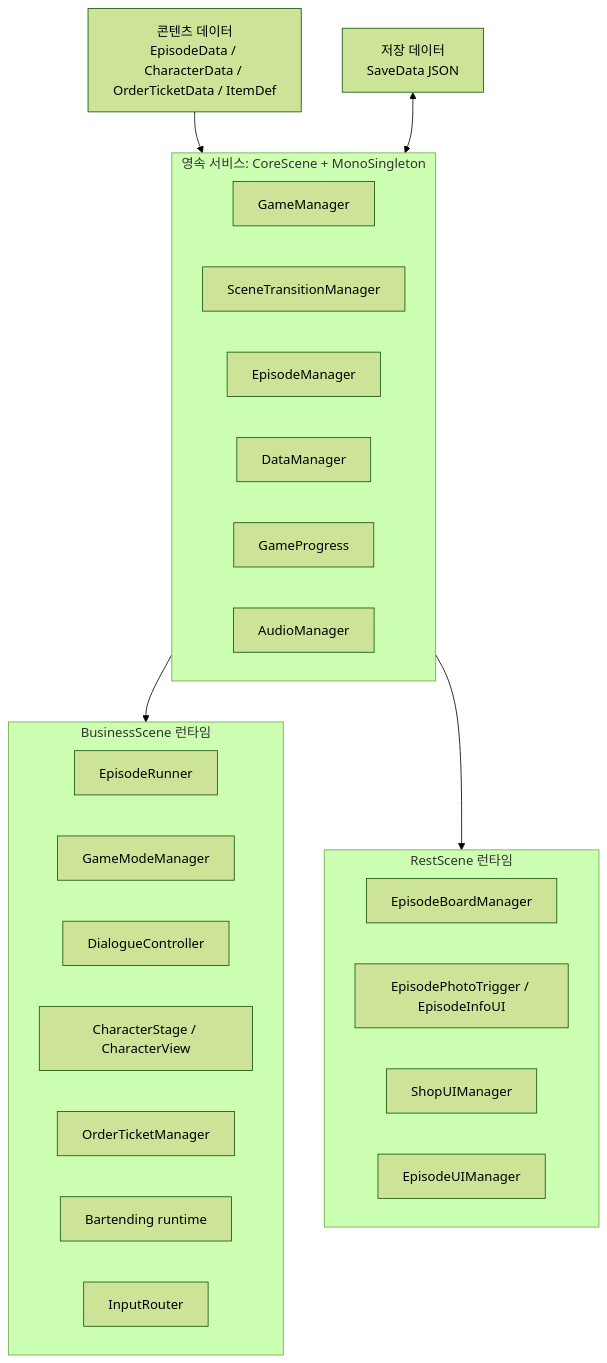
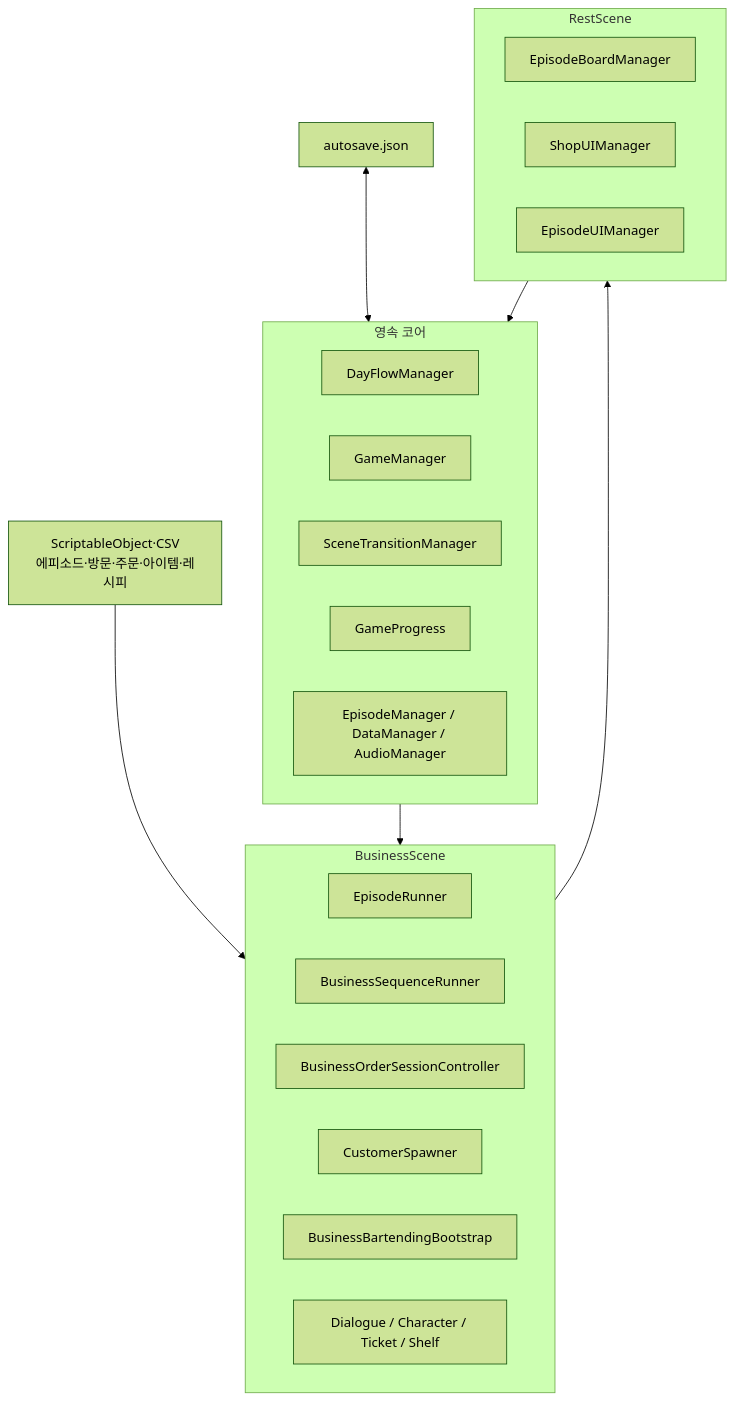
One commit to seacweed/slainte changed the second of 3 diagrams in docs/core/project-code-map.md. Above: the diagram before and after it, drawn with Mermaid (forest theme). The commit also changed other lines of this file and 345 other files, not shown here.

````diff
--- a/docs/core/project-code-map.md
+++ b/docs/core/project-code-map.md
@@ -31,34 +39,32 @@
 ```mermaid
 flowchart TB
-    Data["콘텐츠 데이터\nEpisodeData / CharacterData / OrderTicketData / ItemDef"] --> Services
-    Save["저장 데이터\nSaveData JSON"] <--> Services
+    Data["ScriptableObject·CSV\n에피소드·방문·주문·아이템·레시피"] --> Runtime
+    Save["autosave.json"] <--> Core
 
-    subgraph Services["영속 서비스: CoreScene + MonoSingleton"]
-        GM["GameManager"]
-        STM["SceneTransitionManager"]
-        EM["EpisodeManager"]
-        DM["DataManager"]
-        GP["GameProgress"]
-        AM["AudioManager"]
+    subgraph Core["영속 코어"]
+        Day["DayFlowManager"]
+        Game["GameManager"]
+        Scene["SceneTransitionManager"]
+        Progress["GameProgress"]
+        Manager["EpisodeManager / DataManager / AudioManager"]
     end
 
-    Services --> BusinessSystems
-    Services --> RestSystems
-
-    subgraph BusinessSystems["BusinessScene 런타임"]
-        ER["EpisodeRunner"]
-        Mode["GameModeManager"]
-        Dialogue["DialogueController"]
-        Stage["CharacterStage / CharacterView"]
-        Ticket["OrderTicketManager"]
-        Bar["Bartending runtime"]
-        Input["InputRouter"]
+    subgraph Runtime["BusinessScene"]
+        Episode["EpisodeRunner"]
+        Sequence["BusinessSequenceRunner"]
+        Session["BusinessOrderSessionController"]
+        Customer["CustomerSpawner"]
+        Bar["BusinessBartendingBootstrap"]
+        UI["Dialogue / Character / Ticket / Shelf"]
     end
 
-    subgraph RestSystems["RestScene 런타임"]
+    subgraph Rest["RestScene"]
         Board["EpisodeBoardManager"]
-        Photo["EpisodePhotoTrigger / EpisodeInfoUI"]
         Shop["ShopUIManager"]
-        RestUI["EpisodeUIManager"]
+        Status["EpisodeUIManager"]
     end
+
+    Core --> Runtime
+    Runtime --> Rest
+    Rest --> Core
 ```
````
